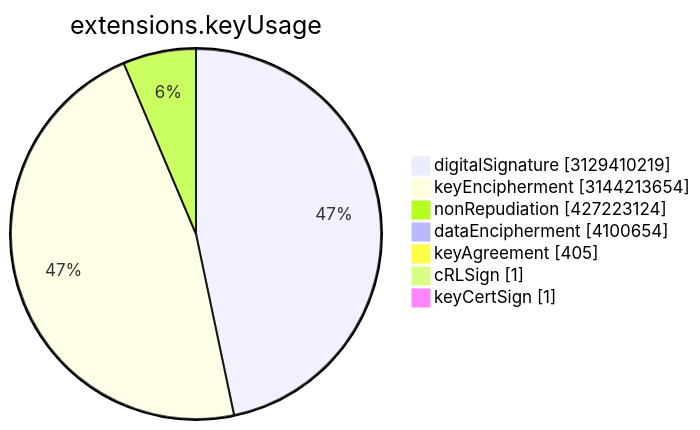
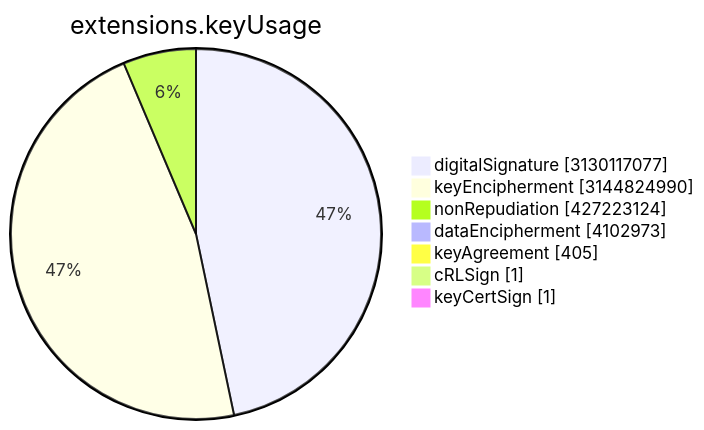
Before and after one commit to christiankrug/ctmonitor_visualization: the sixth of 15 diagrams in TOTAL/README.md, drawn with Mermaid. The commit also changed other lines of this file, not shown here.

````diff
--- a/TOTAL/README.md
+++ b/TOTAL/README.md
@@ -3077,11 +3077,11 @@
 ```mermaid
 pie showData
 title extensions.keyUsage
-"digitalSignature" :3129410219
-"keyEncipherment" :3144213654
+"digitalSignature" :3130117077
+"keyEncipherment" :3144824990
 "nonRepudiation" :427223124
-"dataEncipherment" :4100654
+"dataEncipherment" :4102973
 "keyAgreement" :405
 "cRLSign" :1
 "keyCertSign" :1
 ```
````
